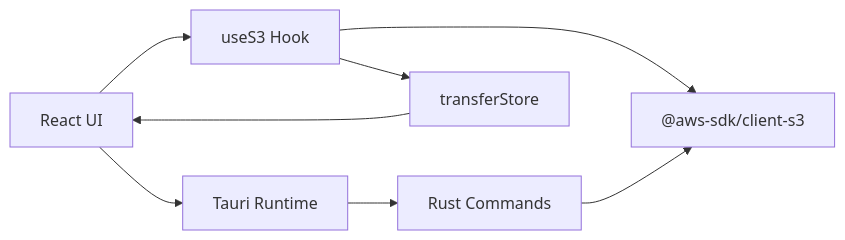
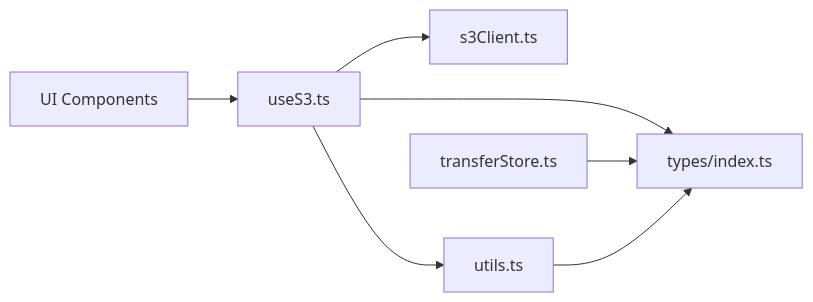
The seventh of 9 diagrams in .qoder/repowiki/en/content/Core Features/File Operations.md (nasrulhadi/s3-explorer), drawn with Mermaid before and after one commit. The commit also changed other lines of this file and 46 other files, not shown here.

````diff
--- a/.qoder/repowiki/en/content/Core Features/File Operations.md
+++ b/.qoder/repowiki/en/content/Core Features/File Operations.md
@@ -318,10 +311,9 @@
 ```mermaid
 graph LR
-UI["React UI"] --> useS3["useS3 Hook"]
-useS3 --> S3SDK["@aws-sdk/client-s3"]
-UI --> Tauri["Tauri Runtime"]
-Tauri --> Cmds["Rust Commands"]
-Cmds --> S3SDK
-useS3 --> Store["transferStore"]
-Store --> UI
+UI["UI Components"] --> useS3["useS3.ts"]
+useS3 --> s3Client["s3Client.ts"]
+useS3 --> types["types/index.ts"]
+useS3 --> utils["utils.ts"]
+transferStore["transferStore.ts"] --> types
+utils --> types
 ```
````
